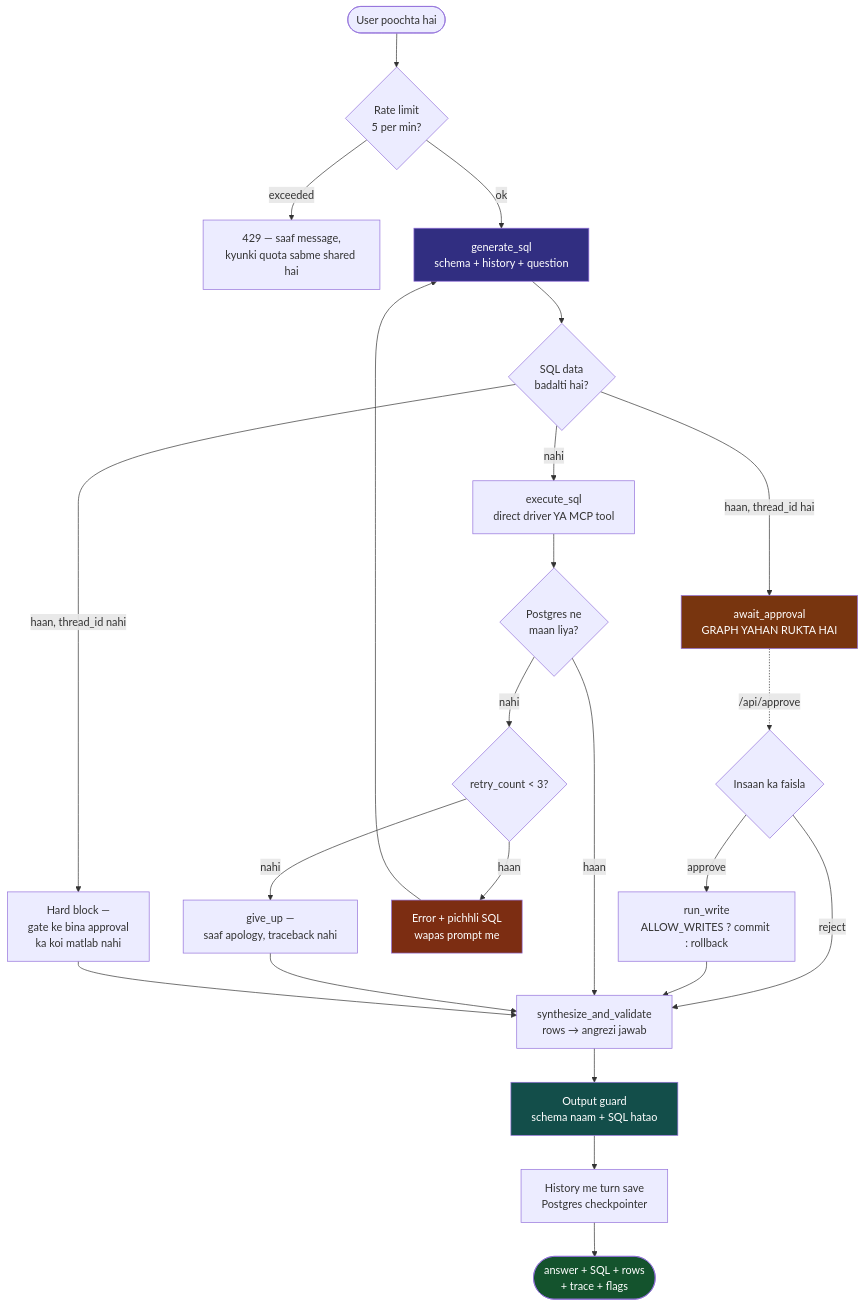
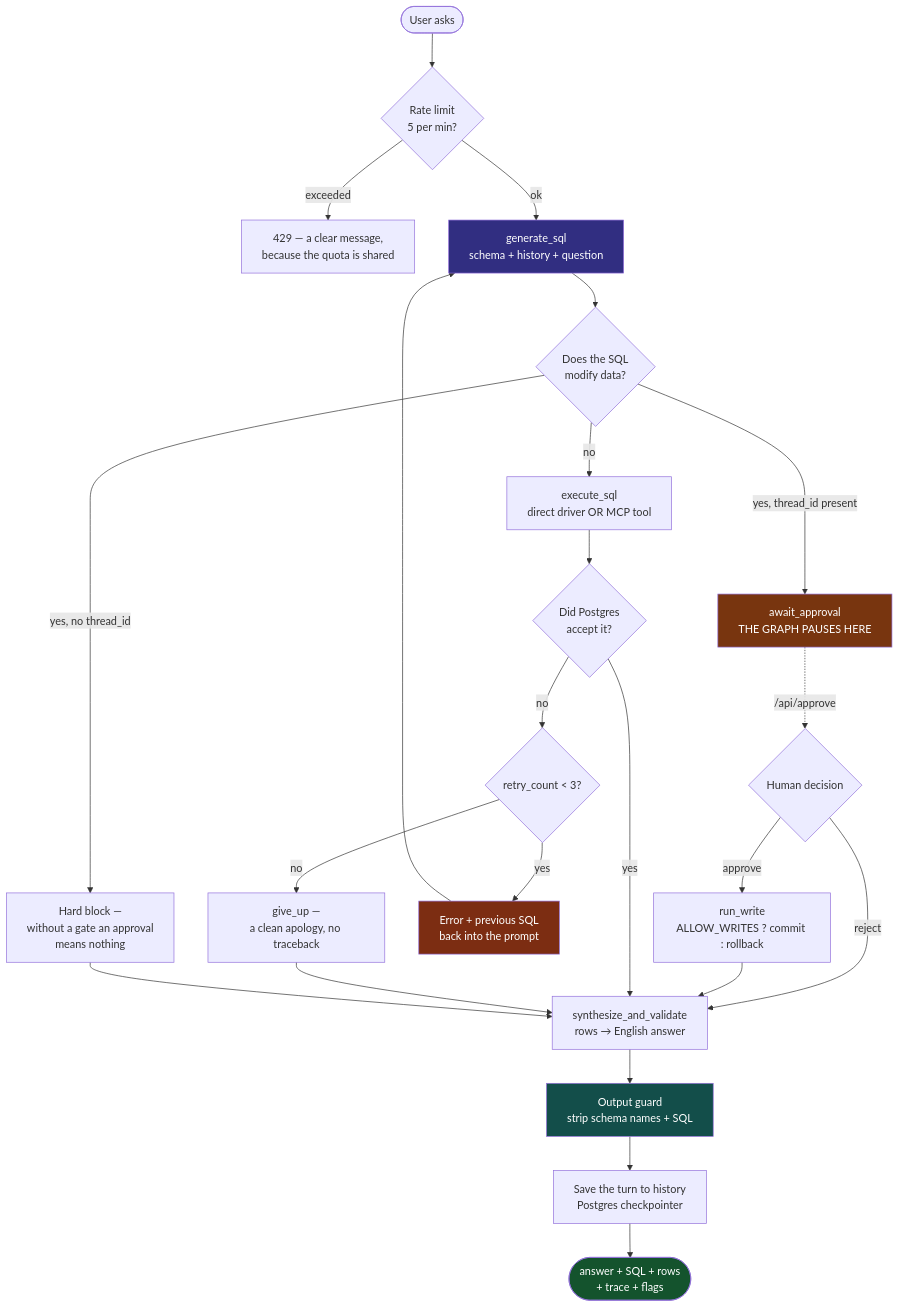
Before and after one commit to Nitishjha7/self-healing-sql-agent: the first of 2 diagrams in docs/PROJECT_WALKTHROUGH.md, drawn with Mermaid. The commit also changed other lines of this file and 13 other files, not shown here.

````diff
--- a/docs/PROJECT_WALKTHROUGH.md
+++ b/docs/PROJECT_WALKTHROUGH.md
@@ -27,37 +28,37 @@
 ```mermaid
 flowchart TD
-    U([User poochta hai]) --> RL{Rate limit<br/>5 per min?}
-    RL -->|exceeded| R429[429 — saaf message,<br/>kyunki quota sabme shared hai]
+    U([User asks]) --> RL{Rate limit<br/>5 per min?}
+    RL -->|exceeded| R429[429 — a clear message,<br/>because the quota is shared]
     RL -->|ok| GEN
 
-    GEN[generate_sql<br/>schema + history + question] --> DEST{SQL data<br/>badalti hai?}
+    GEN[generate_sql<br/>schema + history + question] --> DEST{Does the SQL<br/>modify data?}
 
-    DEST -->|nahi| EXEC
-    DEST -->|haan, thread_id hai| GATE[await_approval<br/>GRAPH YAHAN RUKTA HAI]
-    DEST -->|haan, thread_id nahi| BLOCK[Hard block —<br/>gate ke bina approval<br/>ka koi matlab nahi]
+    DEST -->|no| EXEC
+    DEST -->|yes, thread_id present| GATE[await_approval<br/>THE GRAPH PAUSES HERE]
+    DEST -->|yes, no thread_id| BLOCK[Hard block —<br/>without a gate an approval<br/>means nothing]
 
-    GATE -.->|/api/approve| DEC{Insaan ka faisla}
+    GATE -.->|/api/approve| DEC{Human decision}
     DEC -->|approve| WRITE[run_write<br/>ALLOW_WRITES ? commit : rollback]
     DEC -->|reject| SYN
     WRITE --> SYN
 
-    EXEC[execute_sql<br/>direct driver YA MCP tool] --> OK{Postgres ne<br/>maan liya?}
-    OK -->|haan| SYN
-    OK -->|nahi| RETRY{retry_count < 3?}
+    EXEC[execute_sql<br/>direct driver OR MCP tool] --> OK{Did Postgres<br/>accept it?}
+    OK -->|yes| SYN
+    OK -->|no| RETRY{retry_count < 3?}
 
-    RETRY -->|haan| FEED[Error + pichhli SQL<br/>wapas prompt me]
+    RETRY -->|yes| FEED[Error + previous SQL<br/>back into the prompt]
     FEED --> GEN
-    RETRY -->|nahi| GIVEUP[give_up —<br/>saaf apology, traceback nahi]
+    RETRY -->|no| GIVEUP[give_up —<br/>a clean apology, no traceback]
     GIVEUP --> SYN
 
     BLOCK --> SYN
-    SYN[synthesize_and_validate<br/>rows → angrezi jawab] --> GUARD[Output guard<br/>schema naam + SQL hatao]
-    GUARD --> SAVE[History me turn save<br/>Postgres checkpointer]
+    SYN[synthesize_and_validate<br/>rows → English answer] --> GUARD[Output guard<br/>strip schema names + SQL]
+    GUARD --> SAVE[Save the turn to history<br/>Postgres checkpointer]
     SAVE --> OUT([answer + SQL + rows<br/>+ trace + flags])
 
     style GEN fill:#312e81,color:#fff
     style FEED fill:#7c2d12,color:#fff
     style GATE fill:#78350f,color:#fff
     style GUARD fill:#134e4a,color:#fff
     style OUT fill:#14532d,color:#fff
 ```
````
